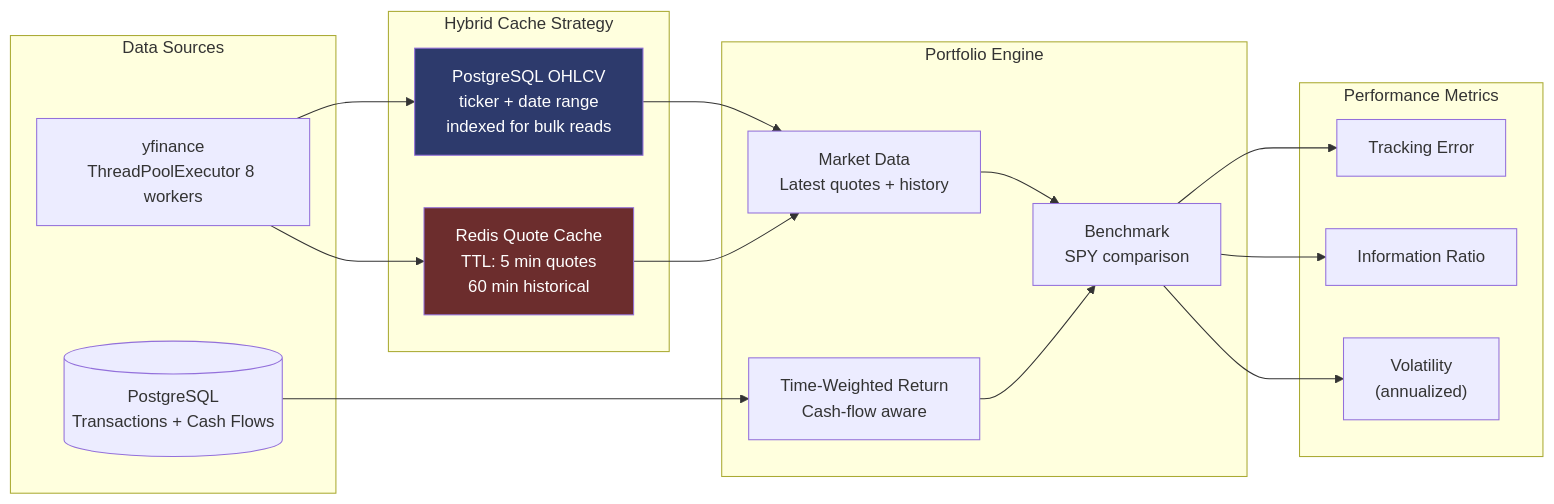
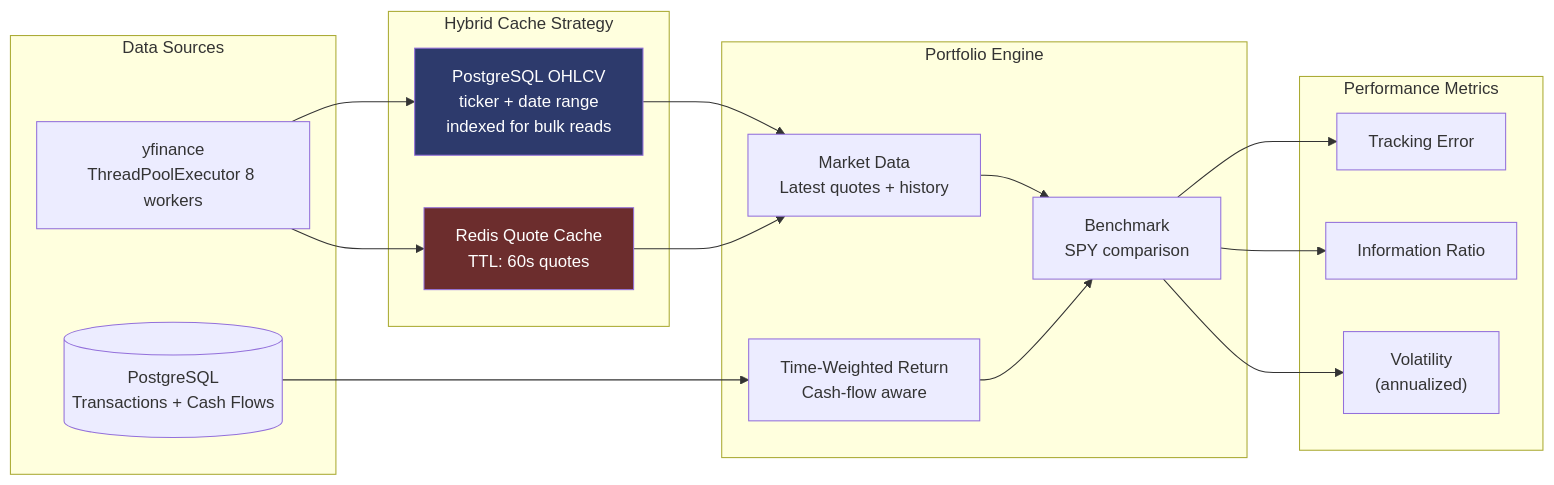
Before and after one commit to AhmedIkram05/stocklens: the fifth of 10 diagrams in docs/deep-dives.md, drawn with Mermaid. The commit also changed other lines of this file, not shown here.

First line of the commit message:
feat: Introduce GraphQL read facade for enhanced data access

````diff
--- a/docs/deep-dives.md
+++ b/docs/deep-dives.md
@@ -437,38 +438,38 @@
 ```mermaid
 flowchart LR
     subgraph Input["Data Sources"]
         YH[yfinance<br/>ThreadPoolExecutor 8 workers]
         PG[(PostgreSQL<br/>Transactions + Cash Flows)]
     end
 
     subgraph Cache["Hybrid Cache Strategy"]
         PG_CACHE[PostgreSQL OHLCV<br/>ticker + date range<br/>indexed for bulk reads]
-        REDIS[Redis Quote Cache<br/>TTL: 5 min quotes<br/>60 min historical]
+        REDIS[Redis Quote Cache<br/>TTL: 60s quotes]
     end
 
     subgraph Compute["Portfolio Engine"]
         TWR[Time-Weighted Return<br/>Cash-flow aware]
         MKT[Market Data<br/>Latest quotes + history]
         BENCH[Benchmark<br/>SPY comparison]
     end
 
     subgraph Metrics["Performance Metrics"]
         TE[Tracking Error]
         IR[Information Ratio]
         VOL["Volatility<br/>(annualized)"]
     end
 
     YH --> PG_CACHE
     YH --> REDIS
     PG --> TWR
     PG_CACHE --> MKT
     REDIS --> MKT
     MKT --> BENCH
     TWR --> BENCH
     BENCH --> TE
     BENCH --> IR
     BENCH --> VOL
 
     style PG_CACHE fill:#2d3a6c,color:#fff
     style REDIS fill:#6c2d2d,color:#fff
 ```
````
